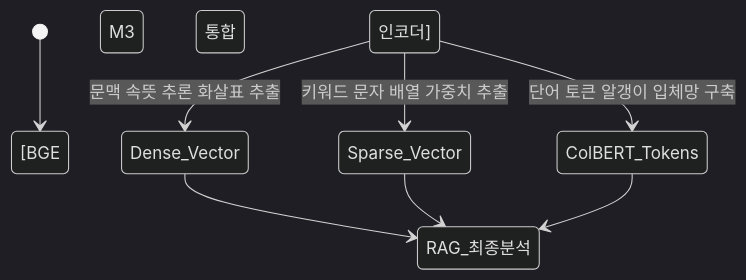
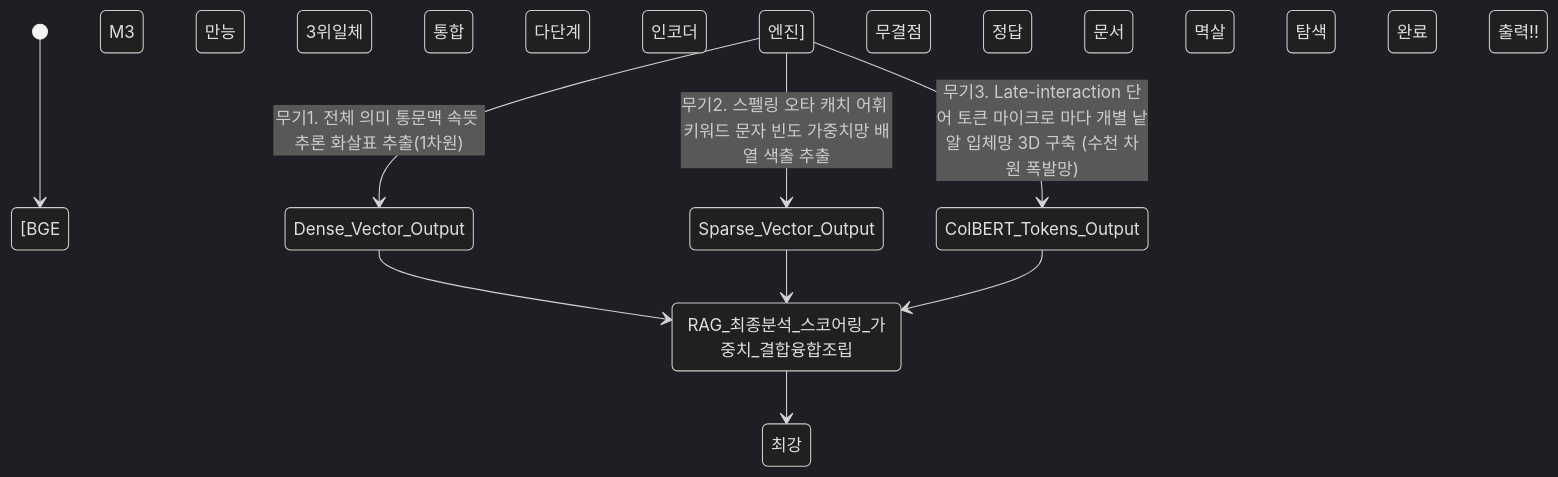
The second of 2 diagrams in week4.md (DaeyeonWon/self-study), drawn with Mermaid (dark theme) before and after one commit. The commit also changed other lines of this file and 7 other files, not shown here.

Commit message:
Massive 10x Volume Expansion of 1-8 Weeks with 80+ Latest Papers and Architecture Mermaid Integration

```diff
--- a/week4.md
+++ b/week4.md
@@ -102,10 +109,11 @@
 <div class="mermaid">
 stateDiagram-v2
-    [*] --> [BGE M3 통합 인코더]
-    [BGE M3 통합 인코더] --> Dense_Vector: 문맥 속뜻 추론 화살표 추출
-    [BGE M3 통합 인코더] --> Sparse_Vector: 키워드 문자 배열 가중치 추출
-    [BGE M3 통합 인코더] --> ColBERT_Tokens: 단어 토큰 알갱이 입체망 구축
-    Dense_Vector --> RAG_최종분석
-    Sparse_Vector --> RAG_최종분석
-    ColBERT_Tokens --> RAG_최종분석
+    [*] --> [BGE M3 만능 3위일체 통합 다단계 인코더 엔진]
+    [BGE M3 만능 3위일체 통합 다단계 인코더 엔진] --> Dense_Vector_Output: 무기1. 전체 의미 통문맥 속뜻 추론 화살표 추출(1차원)
+    [BGE M3 만능 3위일체 통합 다단계 인코더 엔진] --> Sparse_Vector_Output: 무기2. 스펠링 오타 캐치 어휘 키워드 문자 빈도 가중치망 배열 색출 추출
+    [BGE M3 만능 3위일체 통합 다단계 인코더 엔진] --> ColBERT_Tokens_Output: 무기3. Late-interaction 단어 토큰 마이크로 마다 개별 낱알 입체망 3D 구축 (수천 차원 폭발망)
+    Dense_Vector_Output --> RAG_최종분석_스코어링_가중치_결합융합조립
+    Sparse_Vector_Output --> RAG_최종분석_스코어링_가중치_결합융합조립
+    ColBERT_Tokens_Output --> RAG_최종분석_스코어링_가중치_결합융합조립
+    RAG_최종분석_스코어링_가중치_결합융합조립 --> 최강 무결점 정답 문서 멱살 탐색 완료 출력!!
 </div>
```
